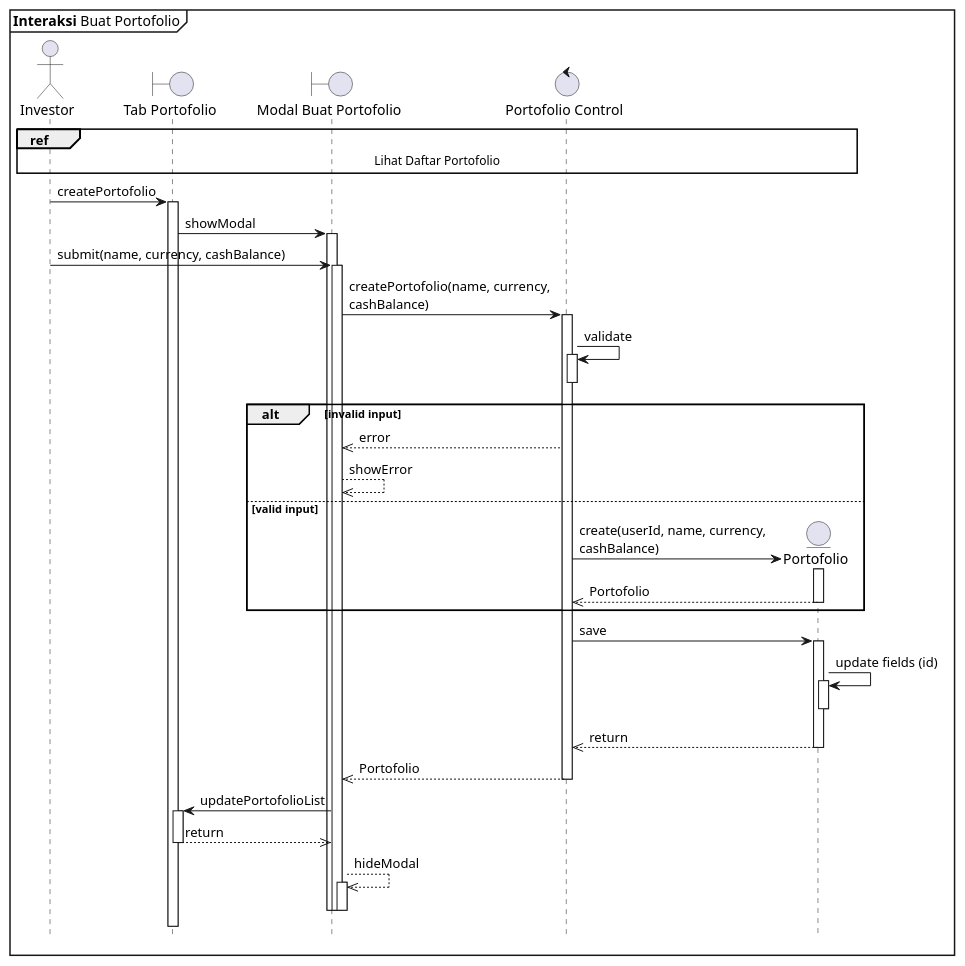
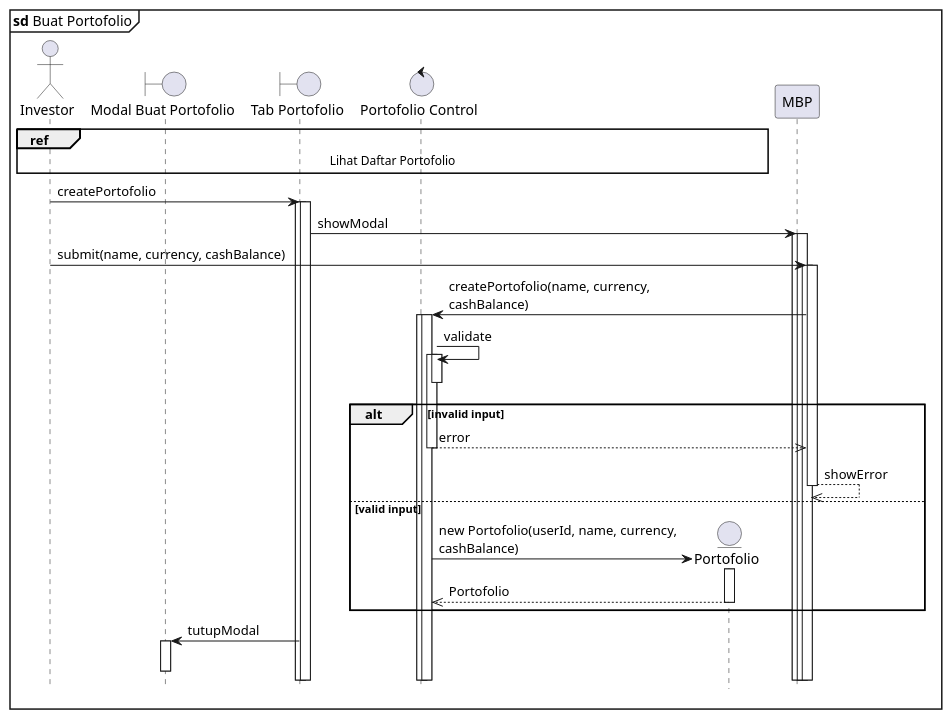
The diagram in sequence/buat-portofolio.puml (clarestarahma/manajemen-investasi), drawn with PlantUML before and after one commit. The commit also changed 7 other files, not shown here.

Commit message:
mengubah README.md, config, dan sequence diagram

```diff
--- a/sequence/buat-portofolio.puml
+++ b/sequence/buat-portofolio.puml
@@ -1,70 +1,50 @@
 @startuml Sequence
 
 skinparam maxMessageSize 250
+
 hide footbox
+autoactivate on
 
-mainframe **Interaksi** Buat Portofolio
+mainframe **sd** Buat Portofolio
 
 actor Investor as I
+boundary "Modal Buat Portofolio" as PBP
 boundary "Tab Portofolio" as TP
-boundary "Modal Buat Portofolio" as MBP
 control "Portofolio Control" as PC
 entity "Portofolio" as P
 
 ref over I, P : Lihat Daftar Portofolio
 
 ' User opens the portofolio modal
 I -> TP : createPortofolio
 activate TP
 
 TP -> MBP : showModal
 activate MBP
 
 'User submits form
 I -> MBP : submit(name, currency, cashBalance)
 activate MBP
 
 MBP -> PC : createPortofolio(name, currency, cashBalance)
 activate PC
 
 'Validation step
 PC -> PC : validate
 activate PC
 deactivate PC
 
 alt invalid input
   PC -->> MBP : error
   MBP -->> MBP : showError
 else valid input
   'Create and save the Portofolio entity
-  PC -> P ** : create(userId, name, currency, cashBalance)
+  PC -> P ** : new Portofolio(userId, name, currency, cashBalance)
   activate P
   P -->> PC : Portofolio
   deactivate P
 end
 
-  PC -> P : save
-  activate P
-  P -> P : update fields (id)
-  activate P
-  deactivate P
-  P -->> PC : return
-  deactivate P
-
-  PC -->> MBP : Portofolio
-  deactivate PC
-
-  'Update UI and close modal
-  MBP -> TP : updatePortofolioList
-  activate TP
-
-  TP -->> MBP : return
-  deactivate TP
-
-  MBP -->> MBP : hideModal
-  activate MBP
-  deactivate MBP
-  deactivate MBP
-  deactivate MBP
-
+TP -> PBP : tutupModal
+deactivate PBP
 @enduml
```
